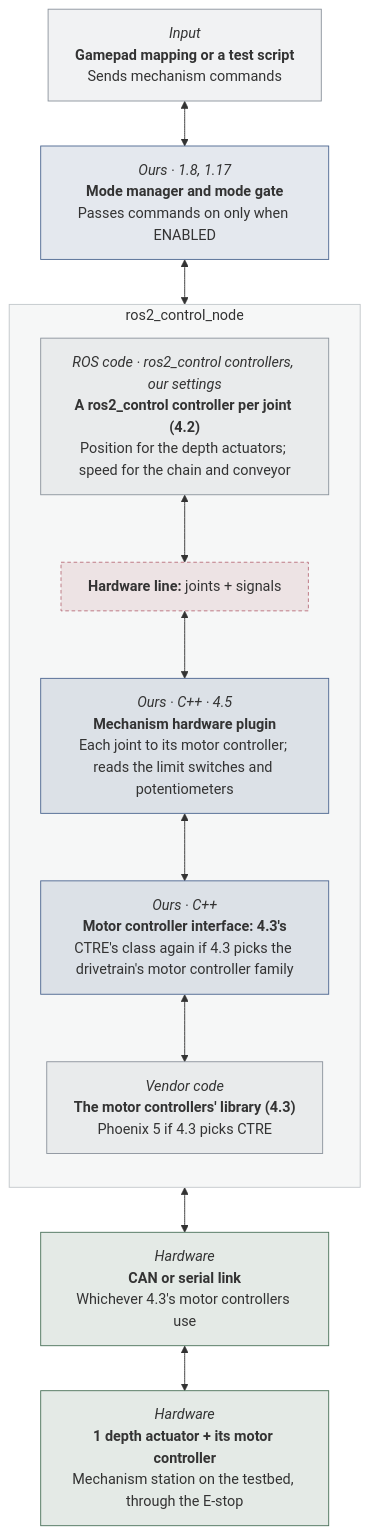
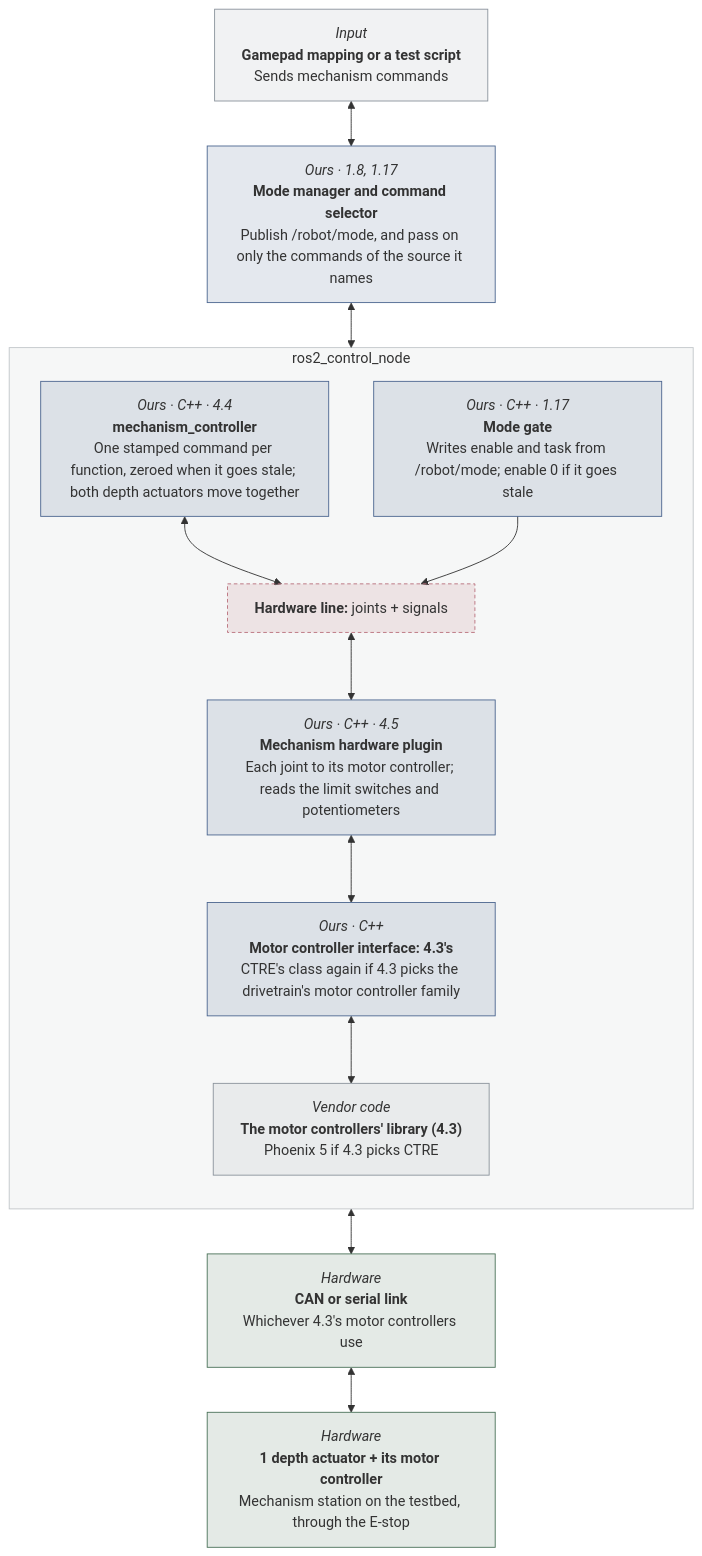
Before and after one commit to STAR-Robotics-Team/starrt-luna-software: the eighth of 30 diagrams in docs/design/hardware-test-modes.md, drawn with Mermaid. The commit also changed other lines of this file and 10 other files, not shown here.

````diff
--- a/docs/design/hardware-test-modes.md
+++ b/docs/design/hardware-test-modes.md
@@ -469,55 +497,59 @@
 ```mermaid
 ---
 config:
   flowchart:
     wrappingWidth: 260
 ---
 flowchart TB
   b1["`*Input*
 **Gamepad mapping or a test script**
 Sends mechanism commands`"]
   b2["`*Ours · 1.8, 1.17*
-**Mode manager and mode gate**
-Passes commands on only when ENABLED`"]
+**Mode manager and command selector**
+Publish /robot/mode, and pass on only the commands of the source it names`"]
   subgraph grp4["ros2_control_node"]
     direction TB
-    b3["`*ROS code · ros2_control controllers, our settings*
-**A ros2_control controller per joint (4.2)**
-Position for the depth actuators; speed for the chain and conveyor`"]
+    bgate["`*Ours · C++ · 1.17*
+**Mode gate**
+Writes enable and task from /robot/mode; enable 0 if it goes stale`"]
+    b3["`*Ours · C++ · 4.4*
+**mechanism_controller**
+One stamped command per function, zeroed when it goes stale; both depth actuators move together`"]
     line5["`**Hardware line:** joints + signals`"]
     b6["`*Ours · C++ · 4.5*
 **Mechanism hardware plugin**
 Each joint to its motor controller; reads the limit switches and potentiometers`"]
     b7["`*Ours · C++*
 **Motor controller interface: 4.3's**
 CTRE's class again if 4.3 picks the drivetrain's motor controller family`"]
     b8["`*Vendor code*
 **The motor controllers' library (4.3)**
 Phoenix 5 if 4.3 picks CTRE`"]
     b3 <--> line5
+    bgate --> line5
     line5 <--> b6
     b6 <--> b7
     b7 <--> b8
   end
   b9["`*Hardware*
 **CAN or serial link**
 Whichever 4.3's motor controllers use`"]
   b10["`*Hardware*
 **1 depth actuator + its motor controller**
 Mechanism station on the testbed, through the E-stop`"]
   b1 <--> b2
   b2 <--> grp4
   grp4 <--> b9
   b9 <--> b10
   classDef ours fill:#4c669026,stroke:#4c6690
   classDef ros fill:#8b939c1f,stroke:#8b939c
   classDef stand fill:#b0844526,stroke:#b08445
   classDef hw fill:#4a725926,stroke:#4a7259
   classDef hwline fill:#b9707c26,stroke:#b9707c,stroke-dasharray:4 3
   classDef ghost fill:none,stroke:#8b939c,stroke-dasharray:4 4,color:#8b939c
-  class b1,b3,b8 ros
-  class b2,b6,b7 ours
+  class b1,b8 ros
+  class b2,b6,b7,b3,bgate ours
   class line5 hwline
   class b9,b10 hw
   style grp4 fill:#8b939c14,stroke:#8b939c80
 ```
````
